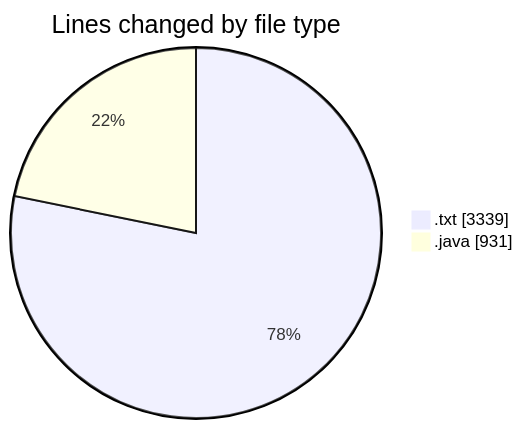
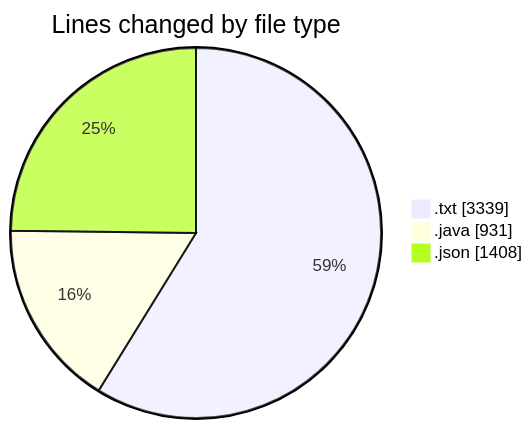
Before and after one commit to ricardozamudiocil/code-tracking: the first of 2 diagrams in 2026-11-16/cilapp/README.md, drawn with Mermaid. The commit also changed other lines of this file and 1 other file, not shown here.

````diff
--- a/2026-11-16/cilapp/README.md
+++ b/2026-11-16/cilapp/README.md
@@ -21,6 +22,7 @@
 ```mermaid
 pie showData
 title Lines changed by file type
 ".txt" : 3339
 ".java" : 931
+".json" : 1408
 ```
````
